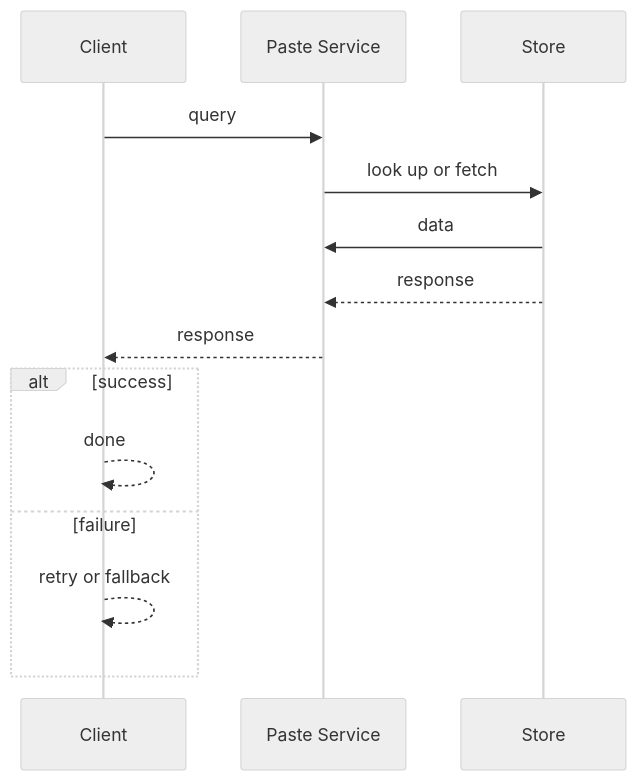
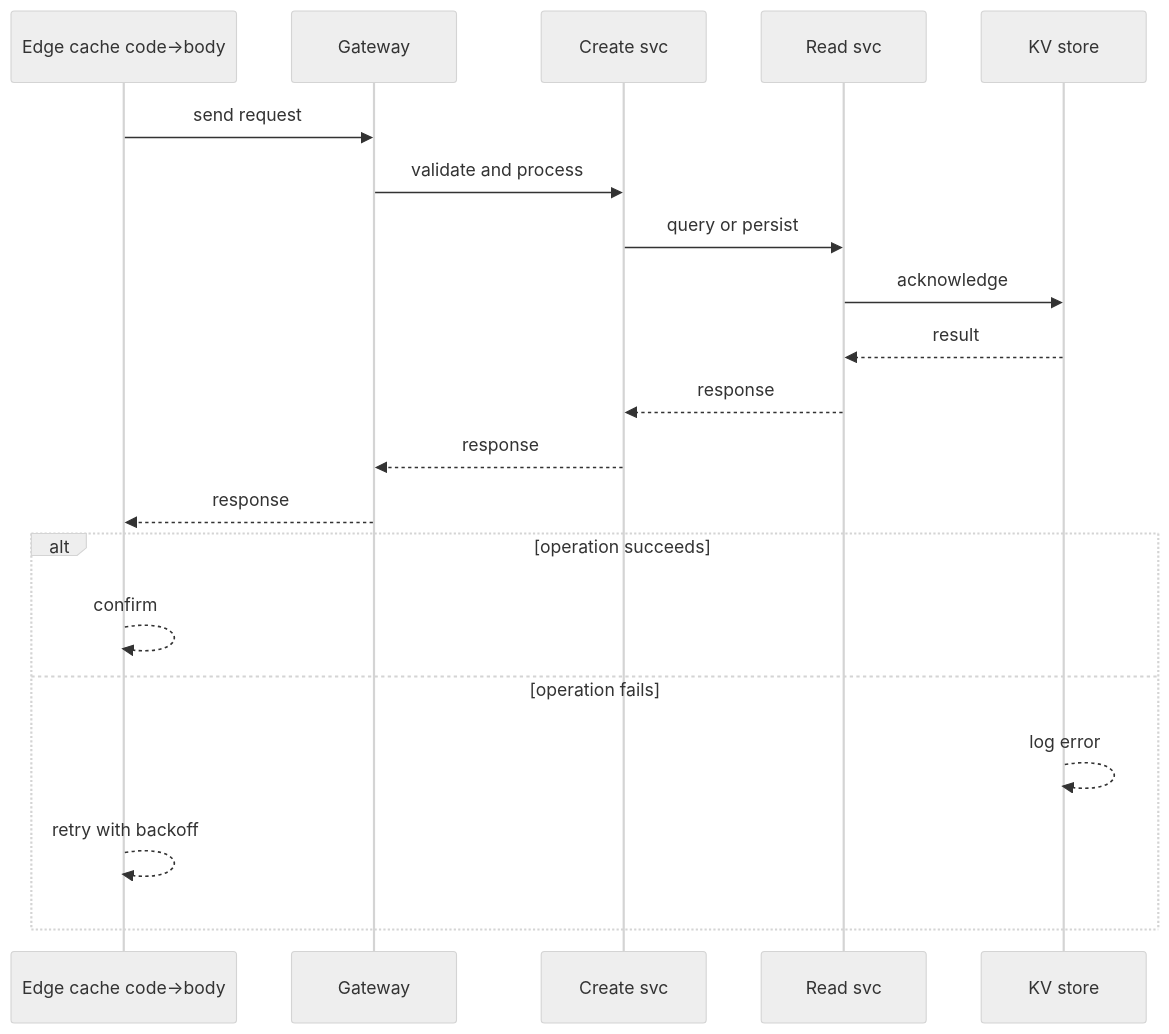
One commit to RIT-MESH/system-design-mastery changed the second of 4 diagrams in case-studies/beginner/paste-service.md. Above: the diagram before and after it, drawn with Mermaid (neutral theme). The commit also changed other lines of this file and 64 other files, not shown here.

````diff
--- a/case-studies/beginner/paste-service.md
+++ b/case-studies/beginner/paste-service.md
@@ -71,17 +63,23 @@
 ```mermaid
 %% created-for: system-design-mastery
 sequenceDiagram
-  participant P0 as Client
-  participant P1 as Paste Service
-  participant P2 as Store
-  P0 ->> P1: query
-  P1 ->> P2: look up or fetch
-  P2 ->> P1: data
-  P2 -->> P1: response
-  P1 -->> P0: response
-  alt success
-    P0 -->> P0: done
-  else failure
-    P0 -->> P0: retry or fallback
+  participant C0 as Edge cache code->body
+  participant C1 as Gateway
+  participant C2 as Create svc
+  participant C3 as Read svc
+  participant C4 as KV store
+  C0 ->> C1: send request
+  C1 ->> C2: validate and process
+  C2 ->> C3: query or persist
+  C3 ->> C4: acknowledge
+  C4 -->> C3: result
+  C3 -->> C2: response
+  C2 -->> C1: response
+  C1 -->> C0: response
+  alt operation succeeds
+    C0 -->> C0: confirm
+  else operation fails
+    C4 -->> C4: log error
+    C0 -->> C0: retry with backoff
   end
 ```
````
